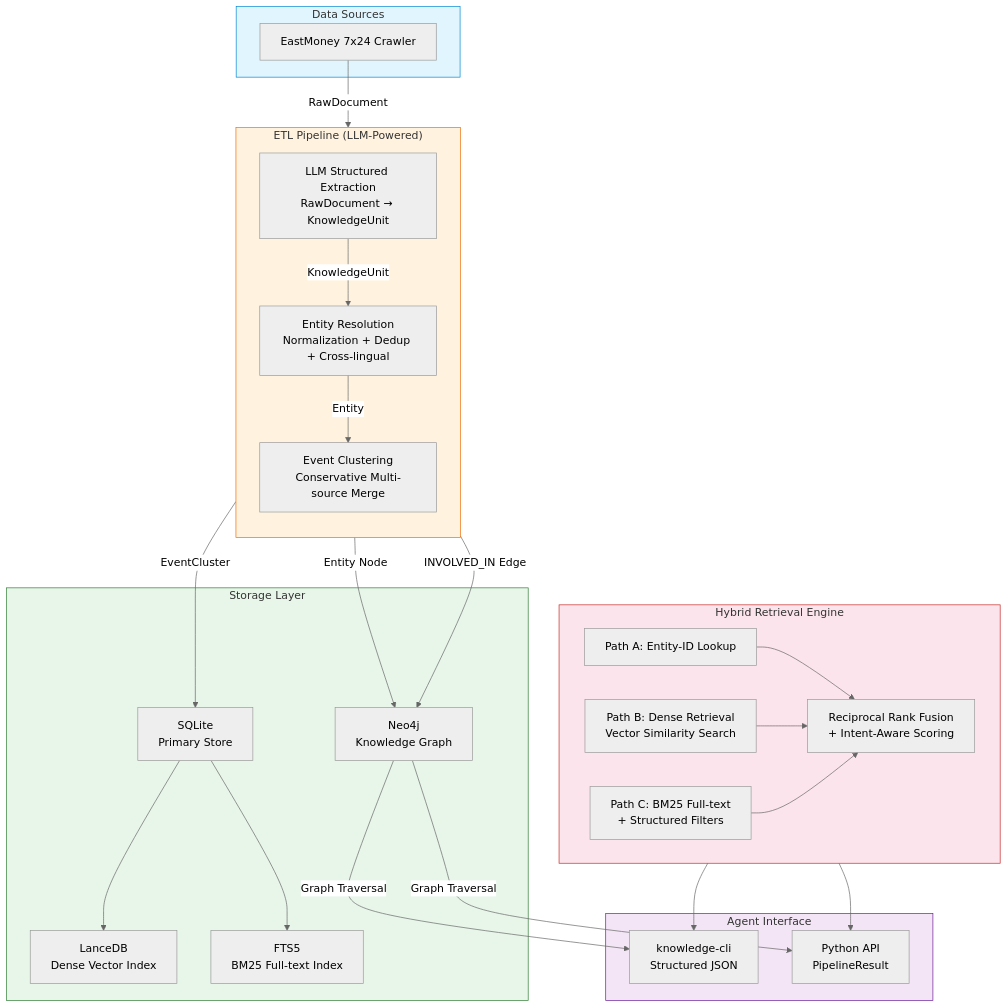
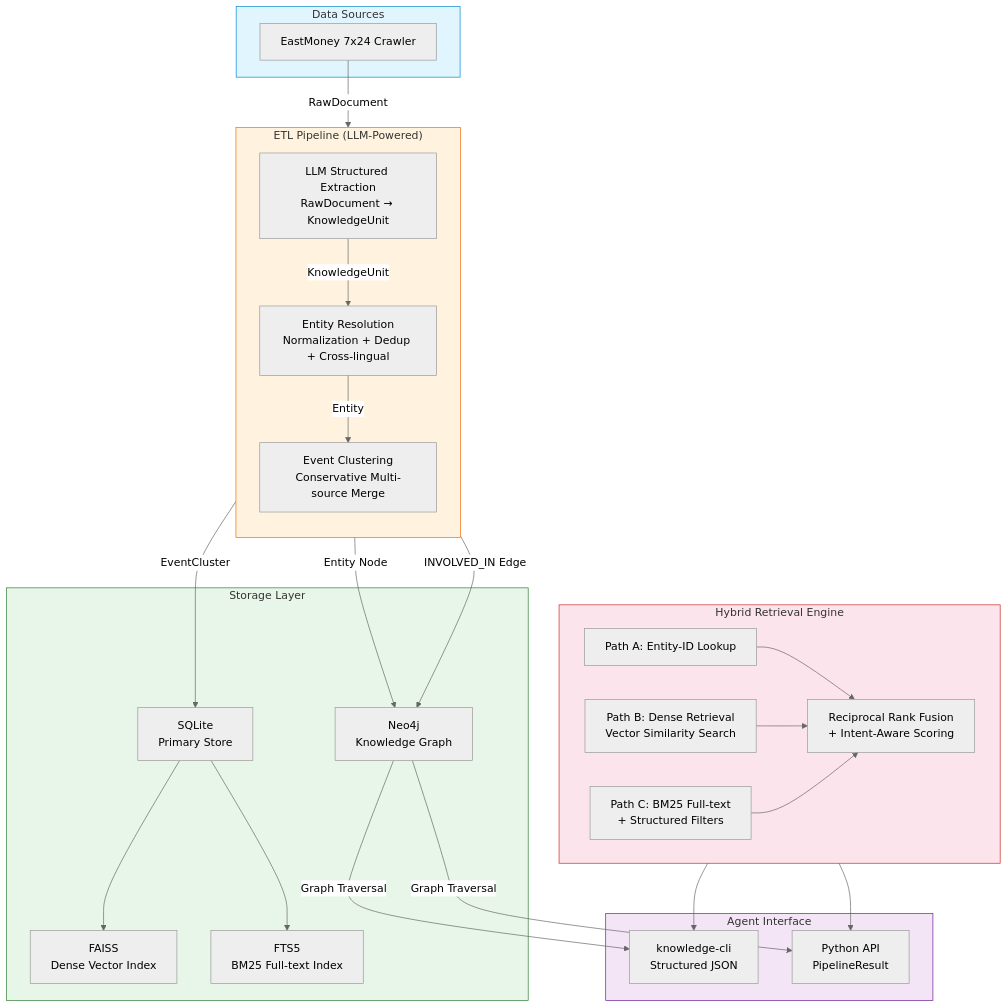
One commit to yiwufen/news changed the first of 3 diagrams in README.md. Above: the diagram before and after it, drawn with Mermaid (neutral theme). The commit also changed other lines of this file and 16 other files, not shown here.

````diff
--- a/README.md
+++ b/README.md
@@ -34,56 +34,56 @@
 ```mermaid
 flowchart TB
     subgraph Sources["Data Sources"]
         EM["EastMoney 7x24 Crawler"]
     end
 
     subgraph ETL["ETL Pipeline (LLM-Powered)"]
         direction TB
         EXT["LLM Structured Extraction<br/>RawDocument → KnowledgeUnit"]
         ENT["Entity Resolution<br/>Normalization + Dedup + Cross-lingual"]
         CLU["Event Clustering<br/>Conservative Multi-source Merge"]
     end
 
     subgraph Storage["Storage Layer"]
         SQL["SQLite<br/>Primary Store"]
         NEO["Neo4j<br/>Knowledge Graph"]
-        LDB["LanceDB<br/>Dense Vector Index"]
+        LDB["FAISS<br/>Dense Vector Index"]
         FTS["FTS5<br/>BM25 Full-text Index"]
     end
 
     subgraph Retrieval["Hybrid Retrieval Engine"]
         direction LR
         EID["Path A: Entity-ID Lookup"]
         DENSE["Path B: Dense Retrieval<br/>Vector Similarity Search"]
         BM25["Path C: BM25 Full-text<br/>+ Structured Filters"]
         RRF["Reciprocal Rank Fusion<br/>+ Intent-Aware Scoring"]
     end
 
     subgraph Output["Agent Interface"]
         CLI["knowledge-cli<br/>Structured JSON"]
         API["Python API<br/>PipelineResult"]
     end
 
     EM -->|"RawDocument"| EXT
     EXT -->|"KnowledgeUnit"| ENT
     ENT -->|"Entity"| CLU
     CLU -->|"EventCluster"| SQL
     ENT -->|"Entity Node"| NEO
     CLU -->|"INVOLVED_IN Edge"| NEO
     SQL --> FTS
     SQL --> LDB
 
     EID --> RRF
     DENSE --> RRF
     BM25 --> RRF
     RRF --> CLI
     RRF --> API
     NEO -->|"Graph Traversal"| CLI
     NEO -->|"Graph Traversal"| API
 
     style Sources fill:#e1f5fe,stroke:#0288d1
     style ETL fill:#fff3e0,stroke:#ef6c00
     style Storage fill:#e8f5e9,stroke:#2e7d32
     style Retrieval fill:#fce4ec,stroke:#c62828
     style Output fill:#f3e5f5,stroke:#6a1b9a
 ```
````
